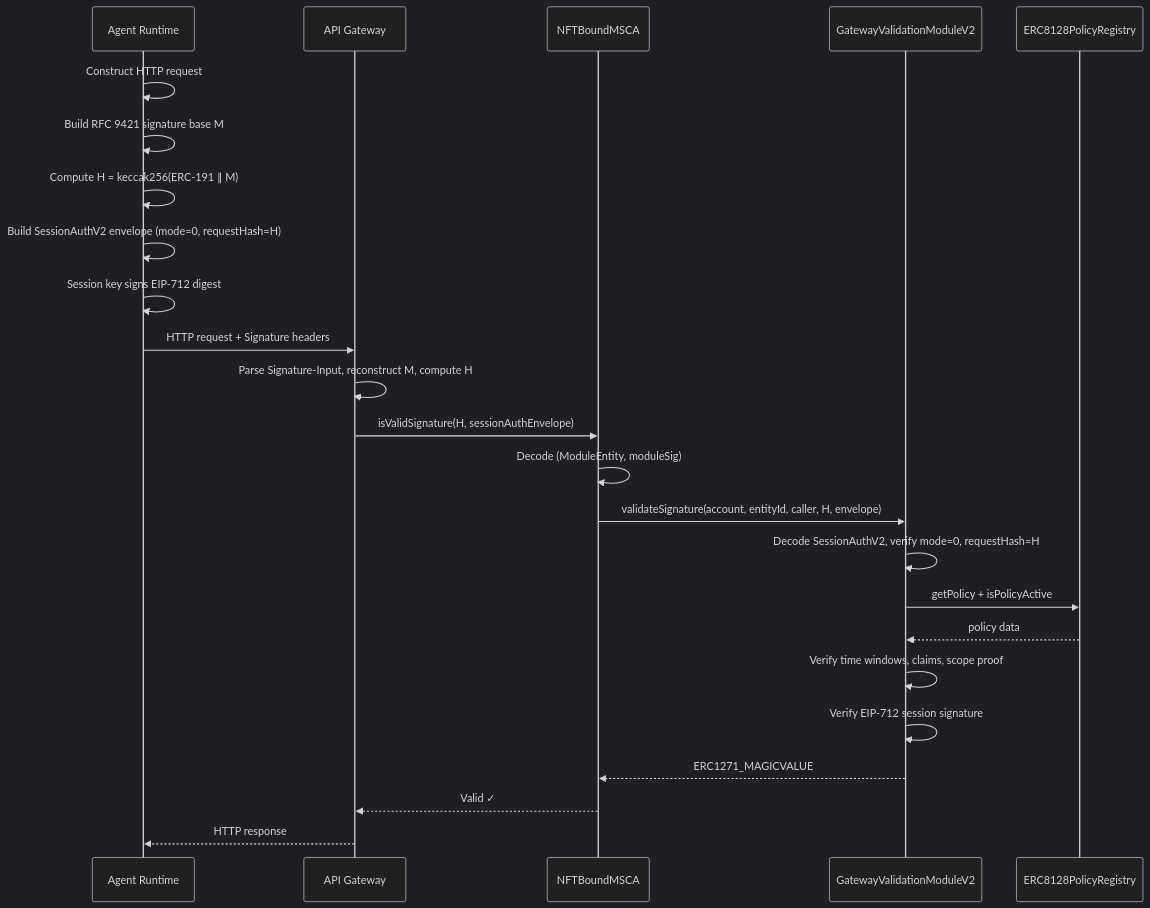
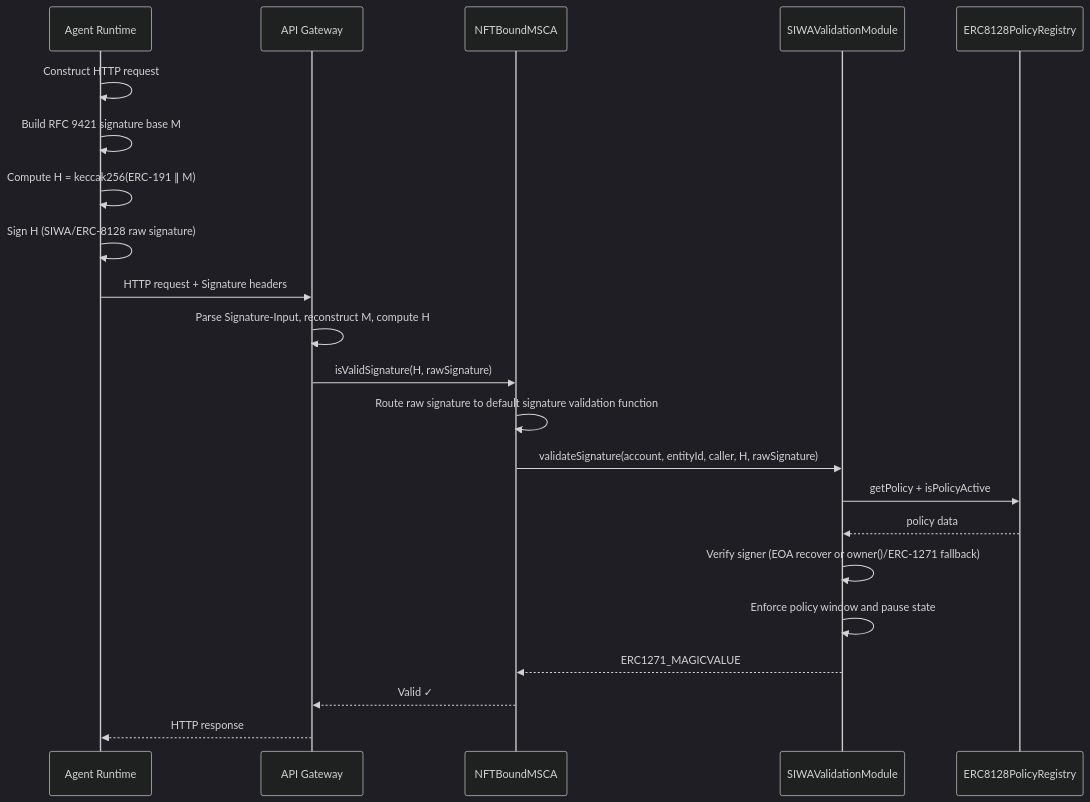
Before and after one commit to EqualFiLabs/agent-wallet-core: diagram 30 of 32 in docs/Agent-Wallet-Core-Architecture.md, drawn with Mermaid (dark theme). The commit also changed other lines of this file and 16 other files, not shown here.

First line of the commit message:
feat(siwa): support TBA-compatible SIWA signatures with session-key policy enforcement

````diff
--- a/docs/Agent-Wallet-Core-Architecture.md
+++ b/docs/Agent-Wallet-Core-Architecture.md
@@ -1223,28 +1229,26 @@
 ```mermaid
 sequenceDiagram
     participant Agent as Agent Runtime
     participant Gateway as API Gateway
     participant SCA as NFTBoundMSCA
-    participant GWMod as GatewayValidationModuleV2
+    participant GWMod as SIWAValidationModule
     participant Registry as ERC8128PolicyRegistry
 
     Agent->>Agent: Construct HTTP request
     Agent->>Agent: Build RFC 9421 signature base M
     Agent->>Agent: Compute H = keccak256(ERC-191 ∥ M)
-    Agent->>Agent: Build SessionAuthV2 envelope (mode=0, requestHash=H)
-    Agent->>Agent: Session key signs EIP-712 digest
+    Agent->>Agent: Sign H (SIWA/ERC-8128 raw signature)
     Agent->>Gateway: HTTP request + Signature headers
 
     Gateway->>Gateway: Parse Signature-Input, reconstruct M, compute H
-    Gateway->>SCA: isValidSignature(H, sessionAuthEnvelope)
-    SCA->>SCA: Decode (ModuleEntity, moduleSig)
-    SCA->>GWMod: validateSignature(account, entityId, caller, H, envelope)
-    GWMod->>GWMod: Decode SessionAuthV2, verify mode=0, requestHash=H
+    Gateway->>SCA: isValidSignature(H, rawSignature)
+    SCA->>SCA: Route raw signature to default signature validation function
+    SCA->>GWMod: validateSignature(account, entityId, caller, H, rawSignature)
     GWMod->>Registry: getPolicy + isPolicyActive
     Registry-->>GWMod: policy data
-    GWMod->>GWMod: Verify time windows, claims, scope proof
-    GWMod->>GWMod: Verify EIP-712 session signature
+    GWMod->>GWMod: Verify signer (EOA recover or owner()/ERC-1271 fallback)
+    GWMod->>GWMod: Enforce policy window and pause state
     GWMod-->>SCA: ERC1271_MAGICVALUE
     SCA-->>Gateway: Valid ✓
     Gateway-->>Agent: HTTP response
 ```
````
